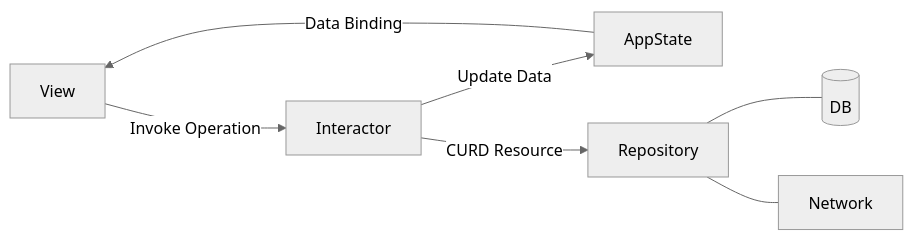
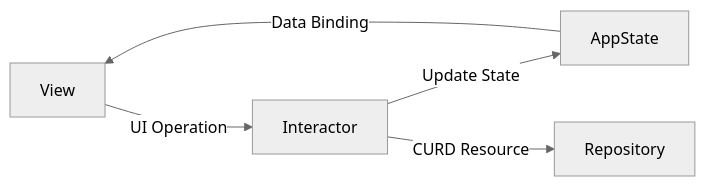
One commit to yanun0323/SwiftUI-Clean-Architecture changed the first of 5 diagrams in README.md. Above: the diagram before and after it, drawn with Mermaid (neutral theme).

Commit message:
fix: README concept graphic

````diff
--- a/README.md
+++ b/README.md
@@ -6,12 +6,11 @@
 ```mermaid
 graph LR
     UI[View]
     A[AppState]
     I[Interactor]
     R[Repository]
-    DB[(DB)]
 
-    A -->|Data Binding| UI -->|Invoke Operation| I
-    I -->|Update Data| A 
-    I -->|CURD Resource| R --- DB & Network
+    A -->|Data Binding| UI -->|UI Operation| I
+    I -->|Update State| A 
+    I -->|CURD Resource| R
 ```
````
